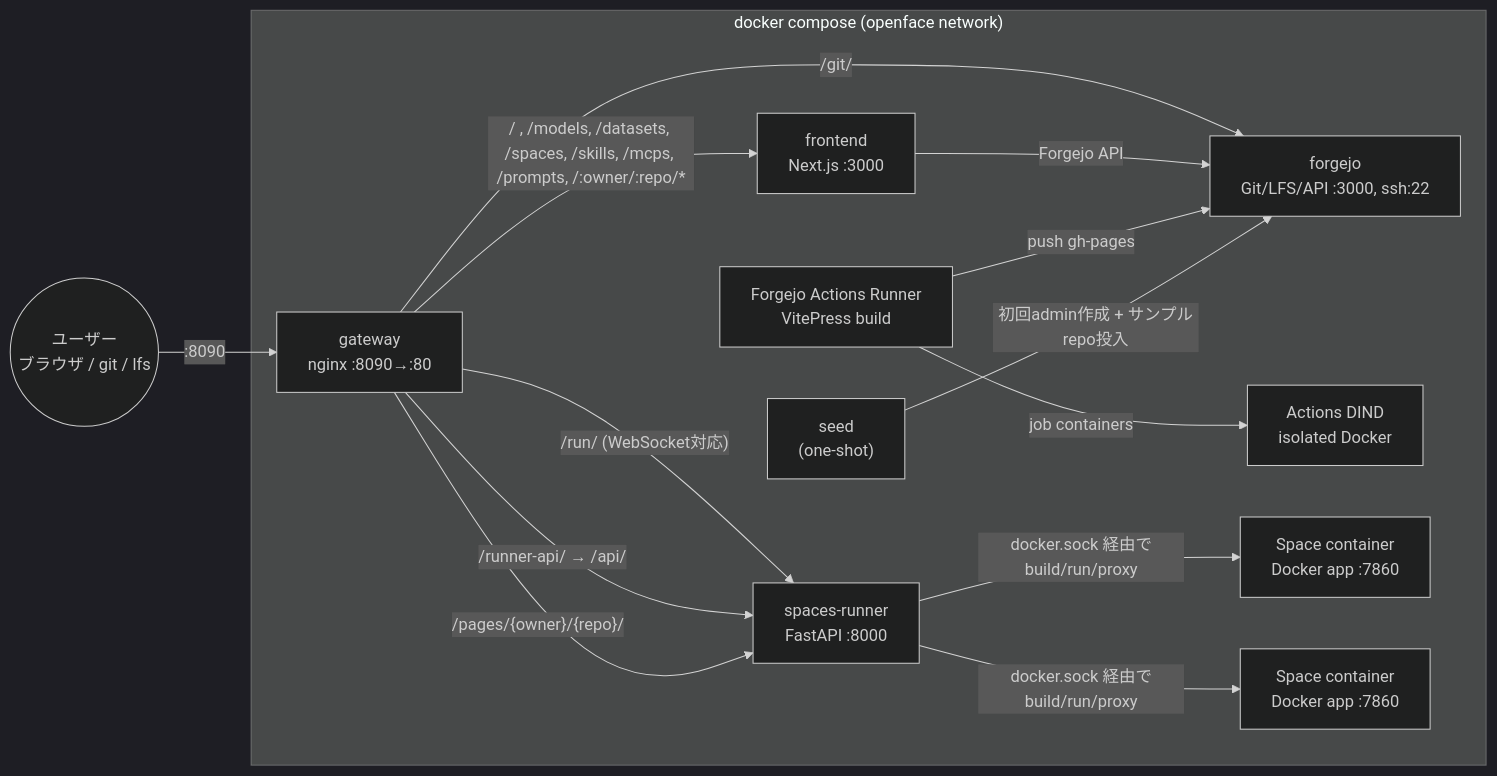
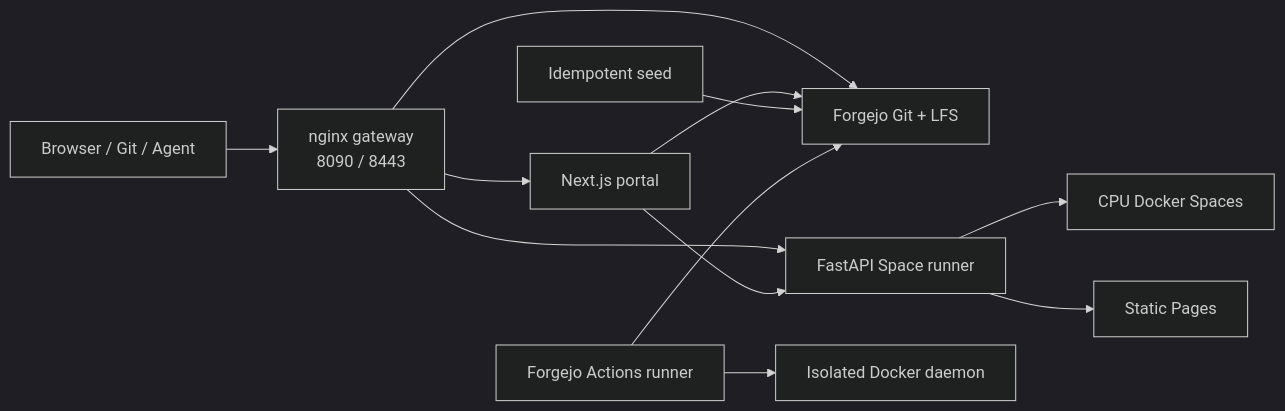
The diagram in README.md (Sunwood-ai-labs/OpenFace), drawn with Mermaid (dark theme) before and after one commit. The commit also changed other lines of this file and 1 other file, not shown here.

First line of the commit message:
🌍 Publish bilingual repository landing pages

````diff
--- a/README.md
+++ b/README.md
@@ -29,30 +88,14 @@
 ```mermaid
 flowchart LR
-    User((ユーザー<br/>ブラウザ / git / lfs))
-
-    subgraph Docker["docker compose (openface network)"]
-        Gateway["gateway<br/>nginx :8090→:80"]
-        Frontend["frontend<br/>Next.js :3000"]
-        Forgejo["forgejo<br/>Git/LFS/API :3000, ssh:22"]
-        Runner["spaces-runner<br/>FastAPI :8000"]
-        ActionsRunner["Forgejo Actions Runner<br/>VitePress build"]
-        ActionsDind["Actions DIND<br/>isolated Docker"]
-        Seed["seed<br/>(one-shot)"]
-        SpaceA["Space container<br/>Docker app :7860"]
-        SpaceB["Space container<br/>Docker app :7860"]
-
-        Gateway -- "/ , /models, /datasets, /spaces, /skills, /mcps, /prompts, /:owner/:repo/*" --> Frontend
-        Gateway -- "/git/" --> Forgejo
-        Gateway -- "/run/ (WebSocket対応)" --> Runner
-        Gateway -- "/runner-api/ → /api/" --> Runner
-        Gateway -- "/pages/{owner}/{repo}/" --> Runner
-        Frontend -- "Forgejo API" --> Forgejo
-        Runner -- "docker.sock 経由でbuild/run/proxy" --> SpaceA
-        Runner -- "docker.sock 経由でbuild/run/proxy" --> SpaceB
-        ActionsRunner -- "job containers" --> ActionsDind
-        ActionsRunner -- "push gh-pages" --> Forgejo
-        Seed -- "初回admin作成 + サンプルrepo投入" --> Forgejo
-    end
-
-    User -- ":8090" --> Gateway
+    User["Browser / Git / Agent"] --> Gateway["nginx gateway<br/>8090 / 8443"]
+    Gateway --> Frontend["Next.js portal"]
+    Gateway --> Forgejo["Forgejo Git + LFS"]
+    Gateway --> Runner["FastAPI Space runner"]
+    Frontend --> Forgejo
+    Frontend --> Runner
+    Runner --> Space["CPU Docker Spaces"]
+    Runner --> Pages["Static Pages"]
+    Seed["Idempotent seed"] --> Forgejo
+    Actions["Forgejo Actions runner"] --> Dind["Isolated Docker daemon"]
+    Actions --> Forgejo
 ```
````
